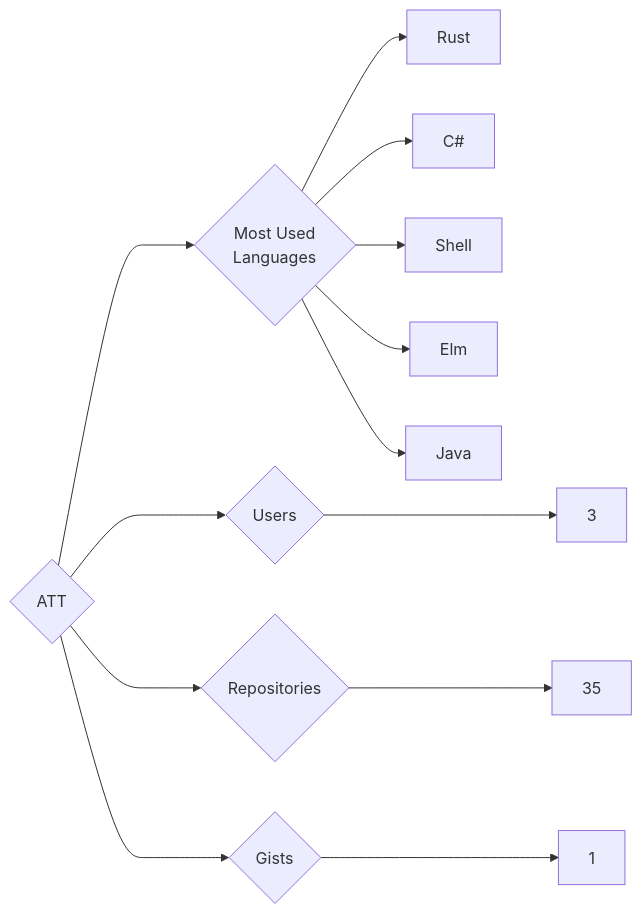
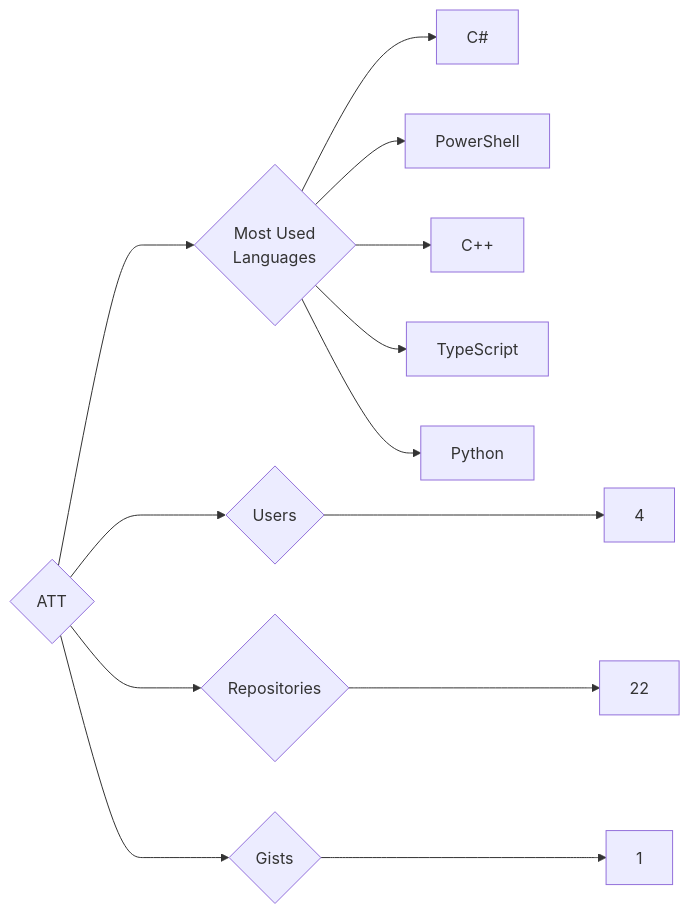
Before and after one commit to trickest/insiders: the diagram in targets/ATT/README.md, drawn with Mermaid. The commit also changed 912 other files, not shown here.

````diff
--- a/targets/ATT/README.md
+++ b/targets/ATT/README.md
@@ -3,13 +3,13 @@
 ```mermaid
 graph LR
 COMPANY_NAME{ATT}
-COMPANY_NAME ---> U{Users} ---> UN[3]
-COMPANY_NAME ---> R{Repositories} ---> RN[35]
+COMPANY_NAME ---> U{Users} ---> UN[4]
+COMPANY_NAME ---> R{Repositories} ---> RN[22]
 COMPANY_NAME ---> G{Gists} ---> GN[1]
 COMPANY_NAME ---> ML{Most Used<br>Languages}
-ML --> Rust[Rust]
 ML --> C#[C#]
-ML --> Shell[Shell]
-ML --> Elm[Elm]
-ML --> Java[Java]
+ML --> PowerShell[PowerShell]
+ML --> C++[C++]
+ML --> TypeScript[TypeScript]
+ML --> Python[Python]
 ```
````
